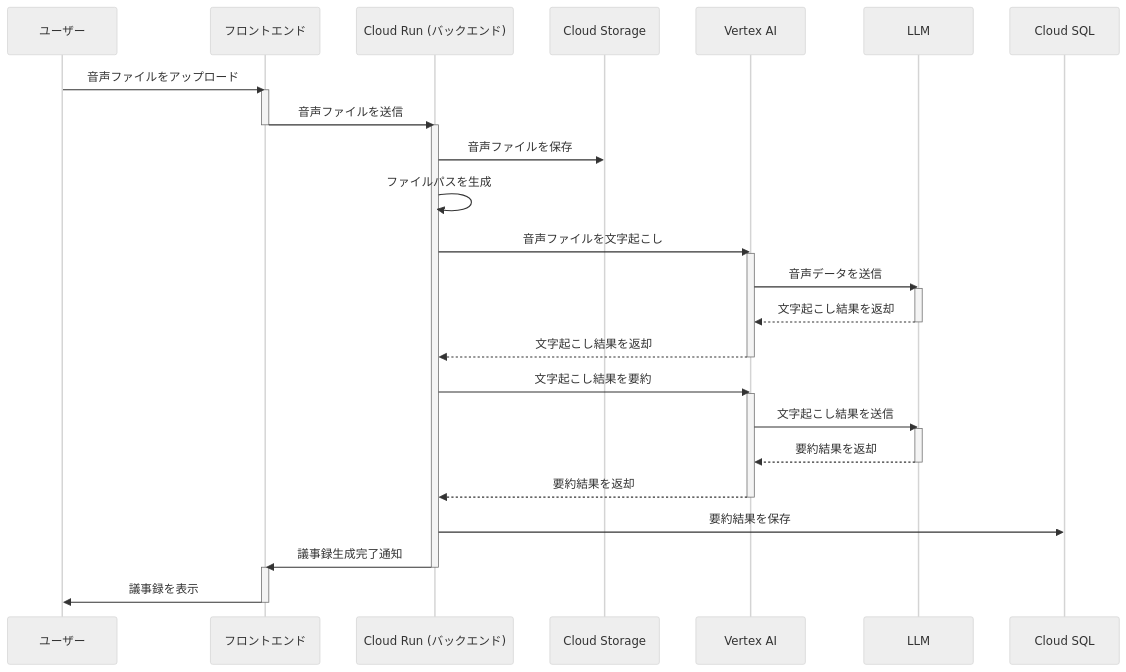
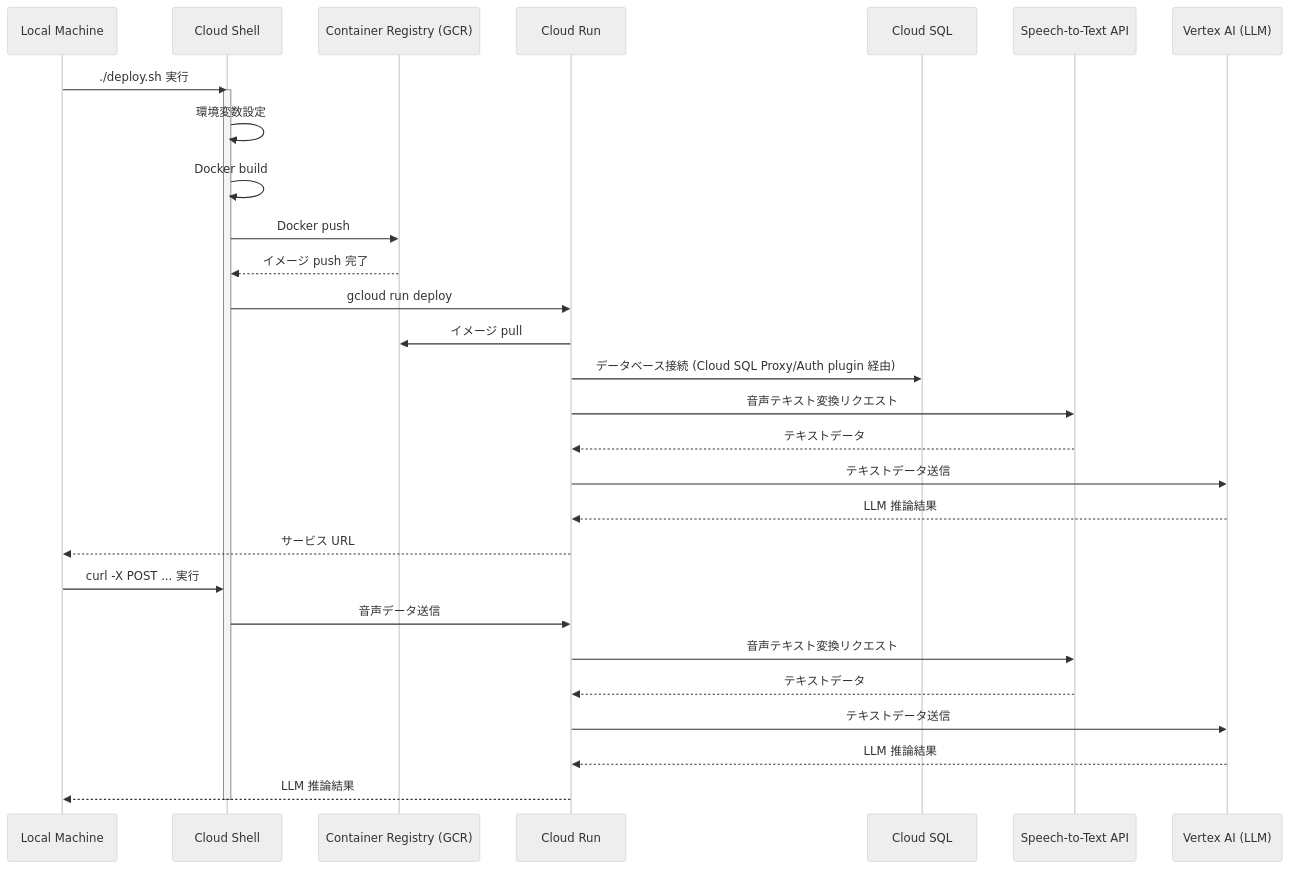
One commit to ibuki1120/gichiroku changed the diagram in README.md. Above: the diagram before and after it, drawn with Mermaid (neutral theme).

````diff
--- a/README.md
+++ b/README.md
@@ -17,39 +17,33 @@
 ```mermaid
 sequenceDiagram
-    participant ユーザー
-    participant フロントエンド
-    participant Cloud Run (バックエンド)
-    participant Cloud Storage
-    participant Vertex AI
-    participant LLM
+    participant Local Machine
+    participant Cloud Shell
+    participant Container Registry (GCR)
+    participant Cloud Run
+    participant Cloud SQL
+    participant Speech-to-Text API
+    participant Vertex AI (LLM)
 
-    ユーザー->>フロントエンド: 音声ファイルをアップロード
-    activate フロントエンド
-    フロントエンド->>Cloud Run (バックエンド): 音声ファイルを送信
-    deactivate フロントエンド
-    activate Cloud Run (バックエンド)
-    Cloud Run (バックエンド)->>Cloud Storage: 音声ファイルを保存
-    Cloud Run (バックエンド)->>Cloud Run (バックエンド): ファイルパスを生成
-    Cloud Run (バックエンド)->>Vertex AI: 音声ファイルを文字起こし
-    activate Vertex AI
-    Vertex AI->>LLM: 音声データを送信
-    activate LLM
-    LLM-->>Vertex AI: 文字起こし結果を返却
-    deactivate LLM
-    Vertex AI-->>Cloud Run (バックエンド): 文字起こし結果を返却
-    deactivate Vertex AI
-    Cloud Run (バックエンド)->>Vertex AI: 文字起こし結果を要約
-    activate Vertex AI
-    Vertex AI->>LLM: 文字起こし結果を送信
-    activate LLM
-    LLM-->>Vertex AI: 要約結果を返却
-    deactivate LLM
-    Vertex AI-->>Cloud Run (バックエンド): 要約結果を返却
-    deactivate Vertex AI
-    Cloud Run (バックエンド)->>Cloud SQL: 要約結果を保存
-    Cloud Run (バックエンド)->>フロントエンド: 議事録生成完了通知
-    deactivate Cloud Run (バックエンド)
-    activate フロントエンド
-    フロントエンド->>ユーザー: 議事録を表示
-    deactivate フロントエンド
+    Local Machine->>Cloud Shell: ./deploy.sh 実行
+    activate Cloud Shell
+    Cloud Shell->>Cloud Shell: 環境変数設定
+    Cloud Shell->>Cloud Shell: Docker build
+    Cloud Shell->>Container Registry (GCR): Docker push
+    Container Registry (GCR)-->>Cloud Shell: イメージ push 完了
+    Cloud Shell->>Cloud Run: gcloud run deploy
+    Cloud Run->>Container Registry (GCR): イメージ pull
+    Cloud Run->>Cloud SQL: データベース接続 (Cloud SQL Proxy/Auth plugin 経由)
+    Cloud Run->>Speech-to-Text API: 音声テキスト変換リクエスト
+    Speech-to-Text API-->>Cloud Run: テキストデータ
+    Cloud Run->>Vertex AI (LLM): テキストデータ送信
+    Vertex AI (LLM)-->>Cloud Run: LLM 推論結果
+    Cloud Run-->>Local Machine: サービス URL
+    Local Machine->>Cloud Shell: curl -X POST ... 実行
+    Cloud Shell->>Cloud Run: 音声データ送信
+    Cloud Run->>Speech-to-Text API: 音声テキスト変換リクエスト
+    Speech-to-Text API-->>Cloud Run: テキストデータ
+    Cloud Run->>Vertex AI (LLM): テキストデータ送信
+    Vertex AI (LLM)-->>Cloud Run: LLM 推論結果
+    Cloud Run-->>Local Machine: LLM 推論結果
+    deactivate Cloud Shell
 ```
````
